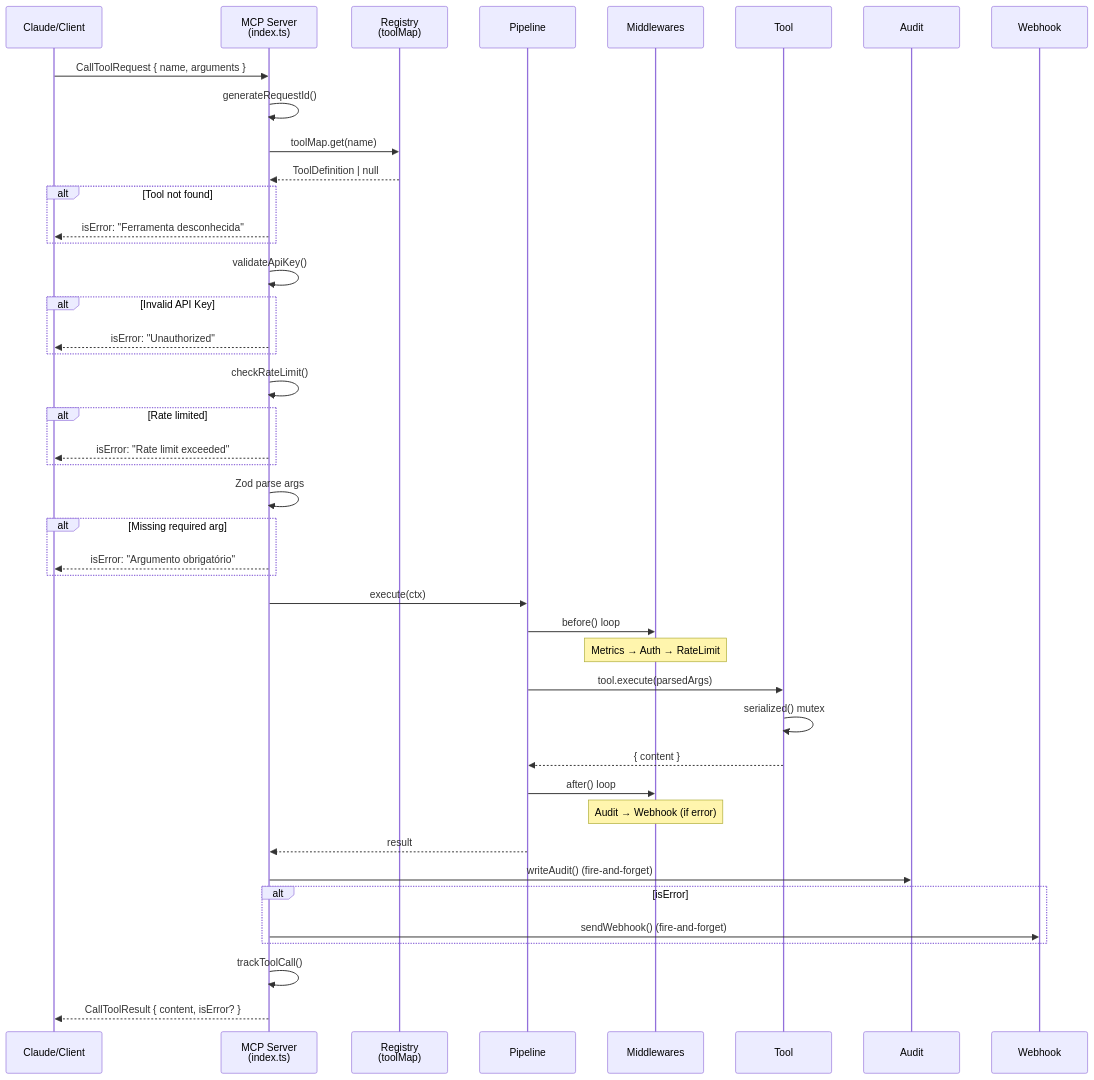
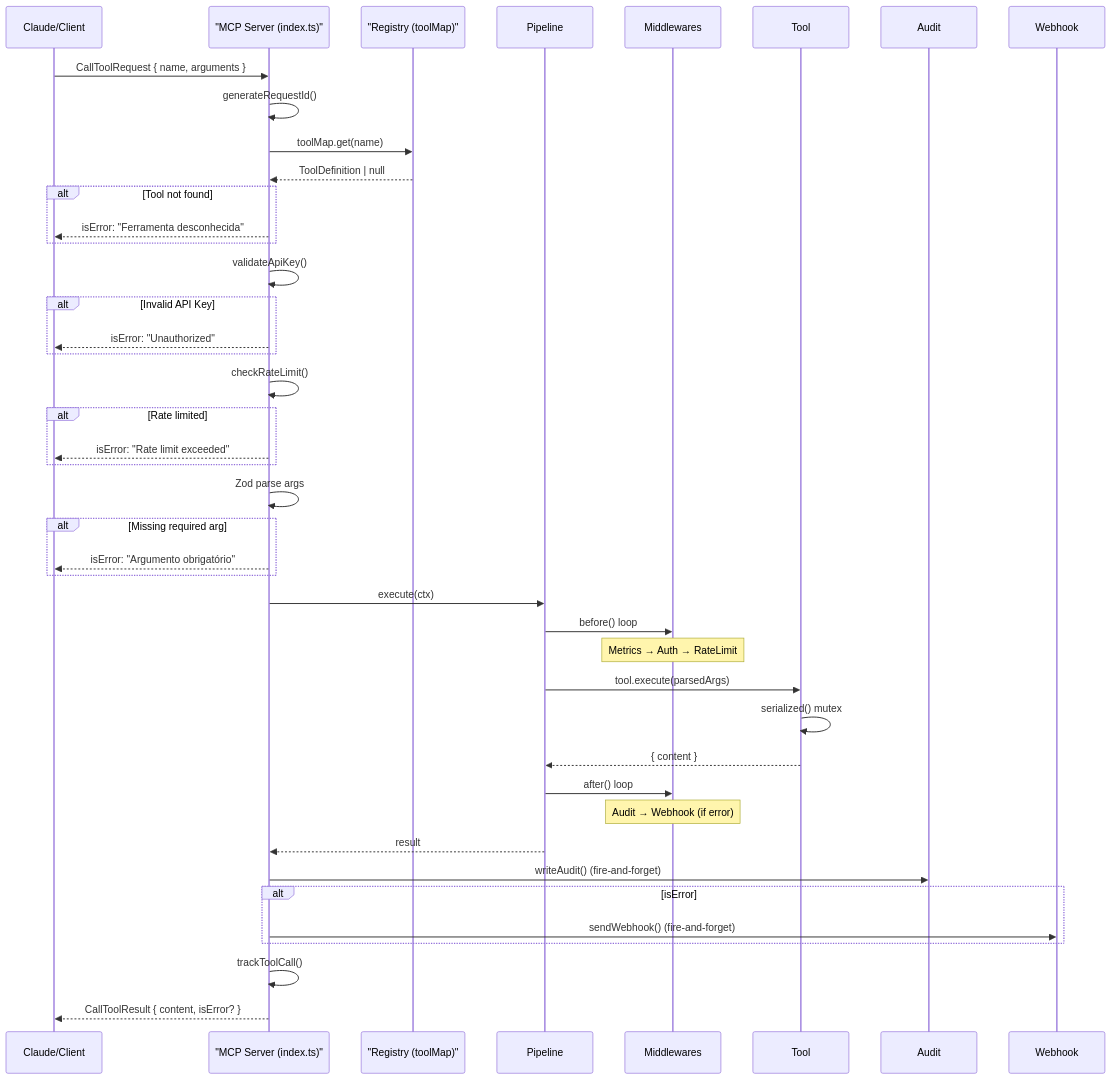
Before and after one commit to Billhebert/MCP-Browser: the second of 10 diagrams in README.en.md, drawn with Mermaid. The commit also changed other lines of this file and 1 other file, not shown here.

First line of the commit message:
fix: diagramas C4Context e sequence (GitHub Mermaid nao suporta)

````diff
--- a/README.en.md
+++ b/README.en.md
@@ -155,54 +140,54 @@
 ```mermaid
 sequenceDiagram
   participant C as Claude/Client
-  participant S as MCP Server<br/>(index.ts)
-  participant R as Registry<br/>(toolMap)
+  participant S as "MCP Server (index.ts)"
+  participant R as "Registry (toolMap)"
   participant P as Pipeline
   participant M as Middlewares
   participant T as Tool
   participant A as Audit
   participant W as Webhook
 
   C->>S: CallToolRequest { name, arguments }
   S->>S: generateRequestId()
   S->>R: toolMap.get(name)
   R-->>S: ToolDefinition | null
   alt Tool not found
     S-->>C: isError: "Ferramenta desconhecida"
   end
 
   S->>S: validateApiKey()
   alt Invalid API Key
     S-->>C: isError: "Unauthorized"
   end
 
   S->>S: checkRateLimit()
   alt Rate limited
     S-->>C: isError: "Rate limit exceeded"
   end
 
   S->>S: Zod parse args
   alt Missing required arg
     S-->>C: isError: "Argumento obrigatório"
   end
 
   S->>P: execute(ctx)
   P->>M: before() loop
   Note over M: Metrics → Auth → RateLimit
 
   P->>T: tool.execute(parsedArgs)
   T->>T: serialized() mutex
   T-->>P: { content }
 
   P->>M: after() loop
   Note over M: Audit → Webhook (if error)
 
   P-->>S: result
 
   S->>A: writeAudit() (fire-and-forget)
   alt isError
     S->>W: sendWebhook() (fire-and-forget)
   end
   S->>S: trackToolCall()
   S-->>C: CallToolResult { content, isError? }
 ```
````
